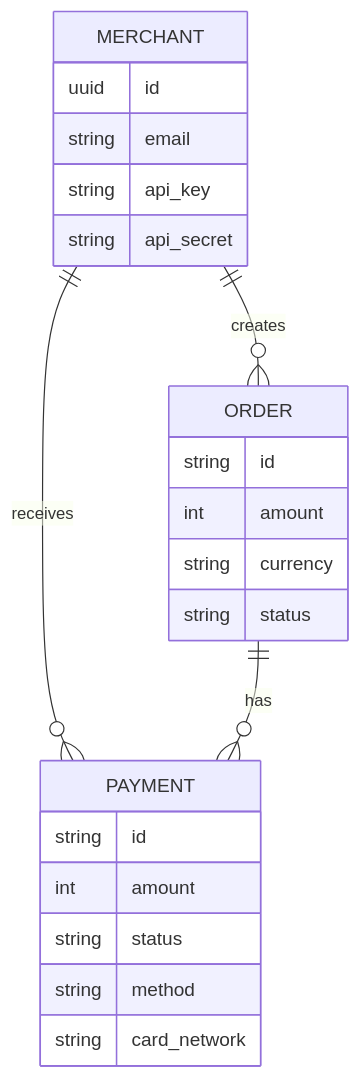
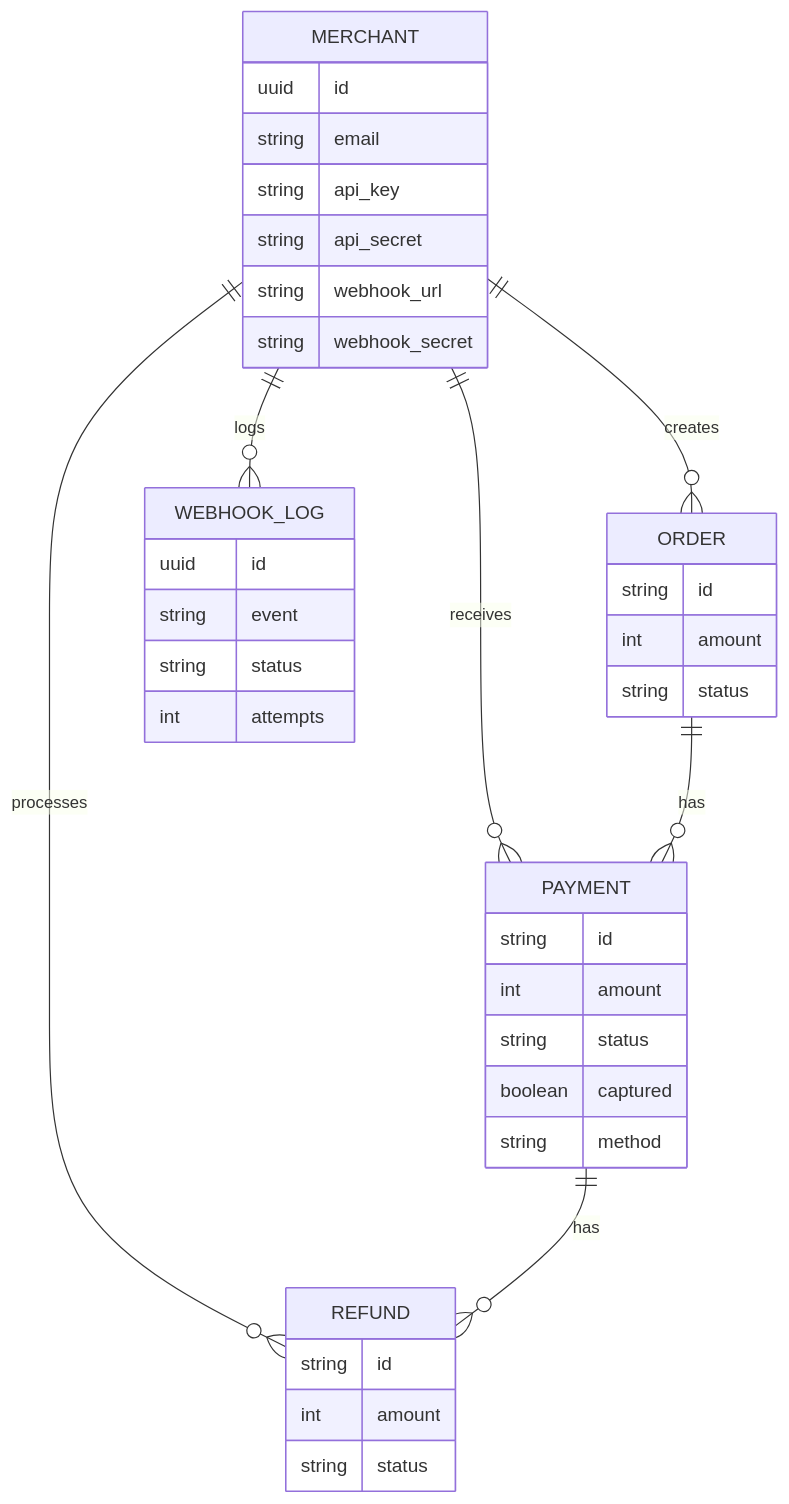
One commit to SivaGaneshv1729/production-payment-gateway-async changed the diagram in DOCUMENTATION.md. Above: the diagram before and after it, drawn with Mermaid. The commit also changed other lines of this file and 1 other file, not shown here.

Commit message:
docs: update system architecture and integration guides

````diff
--- a/DOCUMENTATION.md
+++ b/DOCUMENTATION.md
@@ -7,25 +7,40 @@
 ```mermaid
 erDiagram
     MERCHANT ||--o{ ORDER : creates
     MERCHANT ||--o{ PAYMENT : receives
+    MERCHANT ||--o{ WEBHOOK_LOG : logs
+    MERCHANT ||--o{ REFUND : processes
     ORDER ||--o{ PAYMENT : has
+    PAYMENT ||--o{ REFUND : has
     MERCHANT {
         uuid id
         string email
         string api_key
         string api_secret
+        string webhook_url
+        string webhook_secret
     }
     ORDER {
         string id
         int amount
-        string currency
         string status
     }
     PAYMENT {
         string id
         int amount
         string status
+        boolean captured
         string method
-        string card_network
+    }
+    REFUND {
+        string id
+        int amount
+        string status
+    }
+    WEBHOOK_LOG {
+        uuid id
+        string event
+        string status
+        int attempts
     }
 ```
````
